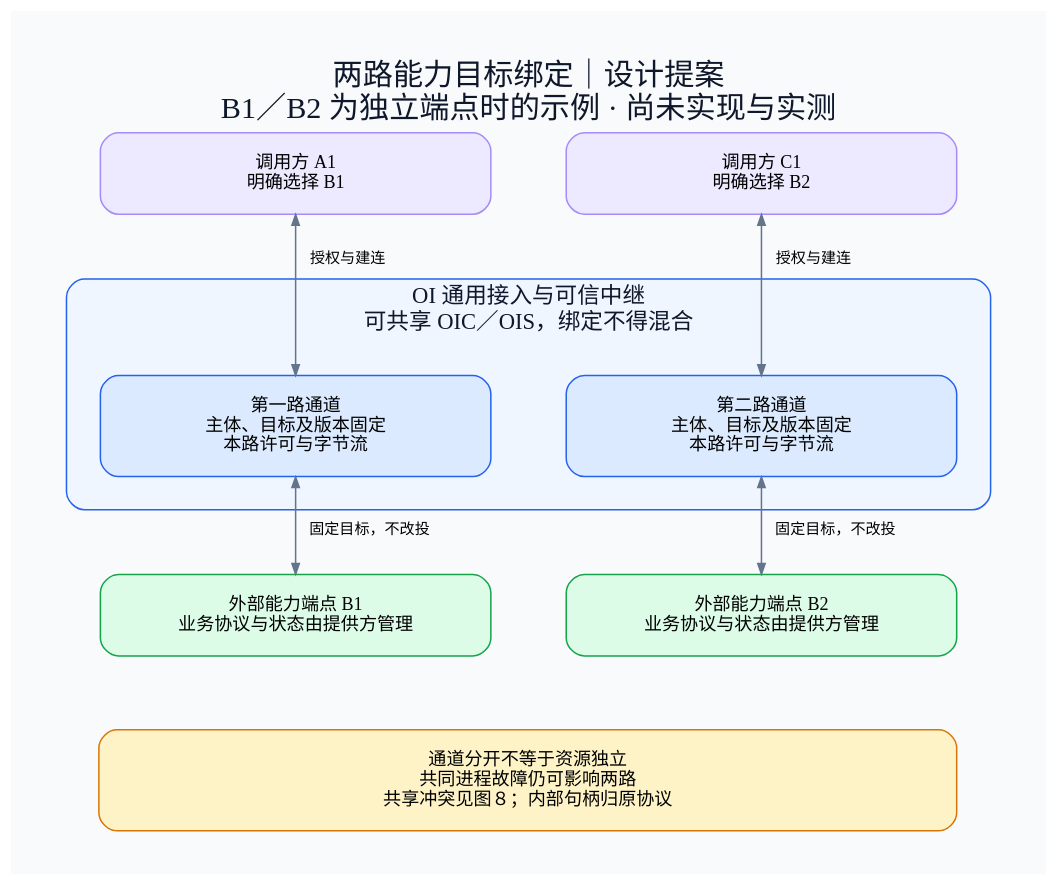
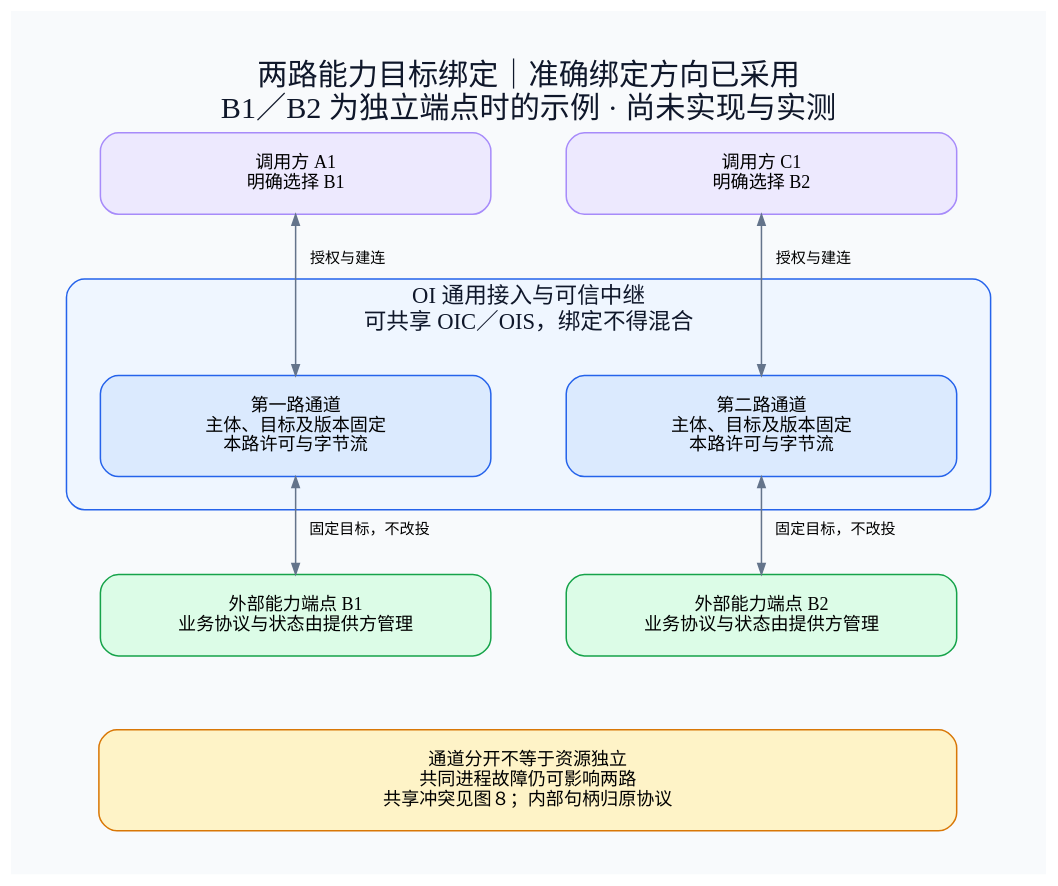
The diagram in docs/architecture/diagrams/v0.7/09-target-binding.dot (wyw-ai/loom-oi), drawn with Graphviz before and after one commit. The commit also changed 76 other files, not shown here.

```diff
--- a/docs/architecture/diagrams/v0.7/09-target-binding.dot
+++ b/docs/architecture/diagrams/v0.7/09-target-binding.dot
@@ -1,21 +1,21 @@
 digraph binding {
- graph [rankdir=TB, newrank=true, bgcolor="#F8FAFC", pad=0.4, nodesep=0.7, ranksep=0.65, fontname="Noto Sans SC", label="两路能力目标绑定｜设计提案\nB1／B2 为独立端点时的示例 · 尚未实现与实测", labelloc=t, fontsize=20, fontcolor="#0F172A"];
+ graph [rankdir=TB, newrank=true, bgcolor="#F8FAFC", pad=0.4, nodesep=0.7, ranksep=0.65, fontname="Noto Sans SC", label="两路能力目标绑定｜准确绑定方向已采用\nB1／B2 为独立端点时的示例 · 尚未实现与实测", labelloc=t, fontsize=20, fontcolor="#0F172A"];
  node [shape=box, style="rounded,filled", fontname="Noto Sans SC", fontsize=12, color="#94A3B8", fillcolor="white", margin="0.3,0.2", width=3.6];
  edge [fontname="Noto Sans SC", fontsize=10, color="#64748B", arrowsize=0.7];
  a [label="调用方 A1\n明确选择 B1", fillcolor="#EDE9FE", color="#A78BFA"];
  c [label="调用方 C1\n明确选择 B2", fillcolor="#EDE9FE", color="#A78BFA"];
  subgraph cluster_oi {
   label="OI 通用接入与可信中继\n可共享 OIC／OIS，绑定不得混合"; fontsize=15; color="#2563EB"; style="rounded"; bgcolor="#EFF6FF"; margin=22;
   x [label="第一路通道\n主体、目标及版本固定\n本路许可与字节流", fillcolor="#DBEAFE", color="#2563EB"];
   y [label="第二路通道\n主体、目标及版本固定\n本路许可与字节流", fillcolor="#DBEAFE", color="#2563EB"];
  }
  b1 [label="外部能力端点 B1\n业务协议与状态由提供方管理", fillcolor="#DCFCE7", color="#16A34A"];
  b2 [label="外部能力端点 B2\n业务协议与状态由提供方管理", fillcolor="#DCFCE7", color="#16A34A"];
  limits [label="通道分开不等于资源独立\n共同进程故障仍可影响两路\n共享冲突见图８；内部句柄归原协议", width=7.9, fillcolor="#FEF3C7", color="#D97706"];
  a -> x [dir=both,label="　授权与建连　"];
  c -> y [dir=both,label="　授权与建连　"];
  x -> b1 [dir=both,label="　固定目标，不改投　"];
  y -> b2 [dir=both,label="　固定目标，不改投　"];
  {rank=same;a;c;} {rank=same;x;y;} {rank=same;b1;b2;}
  b1 -> limits [style=invis]; b2 -> limits [style=invis];
 }
```
